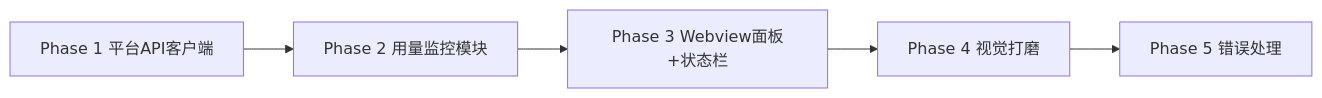
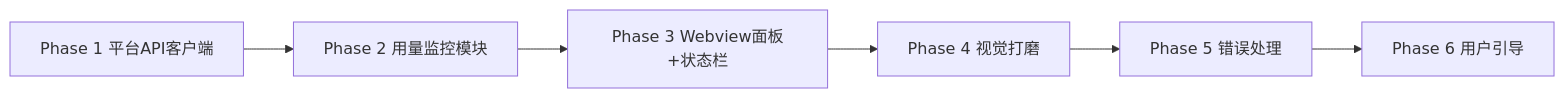
One commit to geekmister/vscode-deepseek-usage changed the diagram in docs/v1.0.1-iteration.md. Above: the diagram before and after it, drawn with Mermaid. The commit also changed other lines of this file, not shown here.

````diff
--- a/docs/v1.0.1-iteration.md
+++ b/docs/v1.0.1-iteration.md
@@ -887,7 +927,8 @@
 ```mermaid
 flowchart LR
     P1[Phase 1 平台API客户端] --> P2[Phase 2 用量监控模块]
     P2 --> P3[Phase 3 Webview面板+状态栏]
     P3 --> P4[Phase 4 视觉打磨]
     P4 --> P5[Phase 5 错误处理]
+    P5 --> P6[Phase 6 用户引导]
 ```
````
